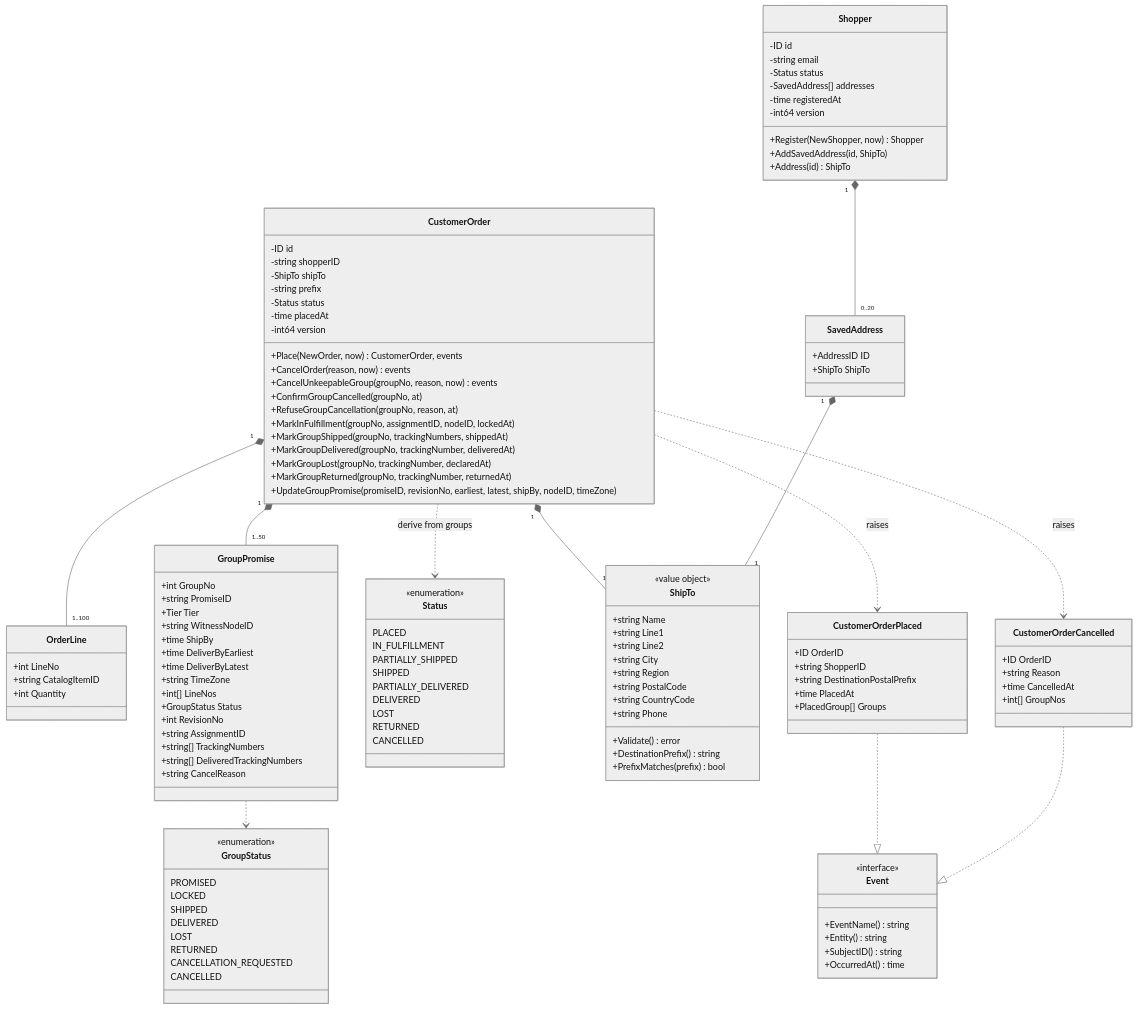
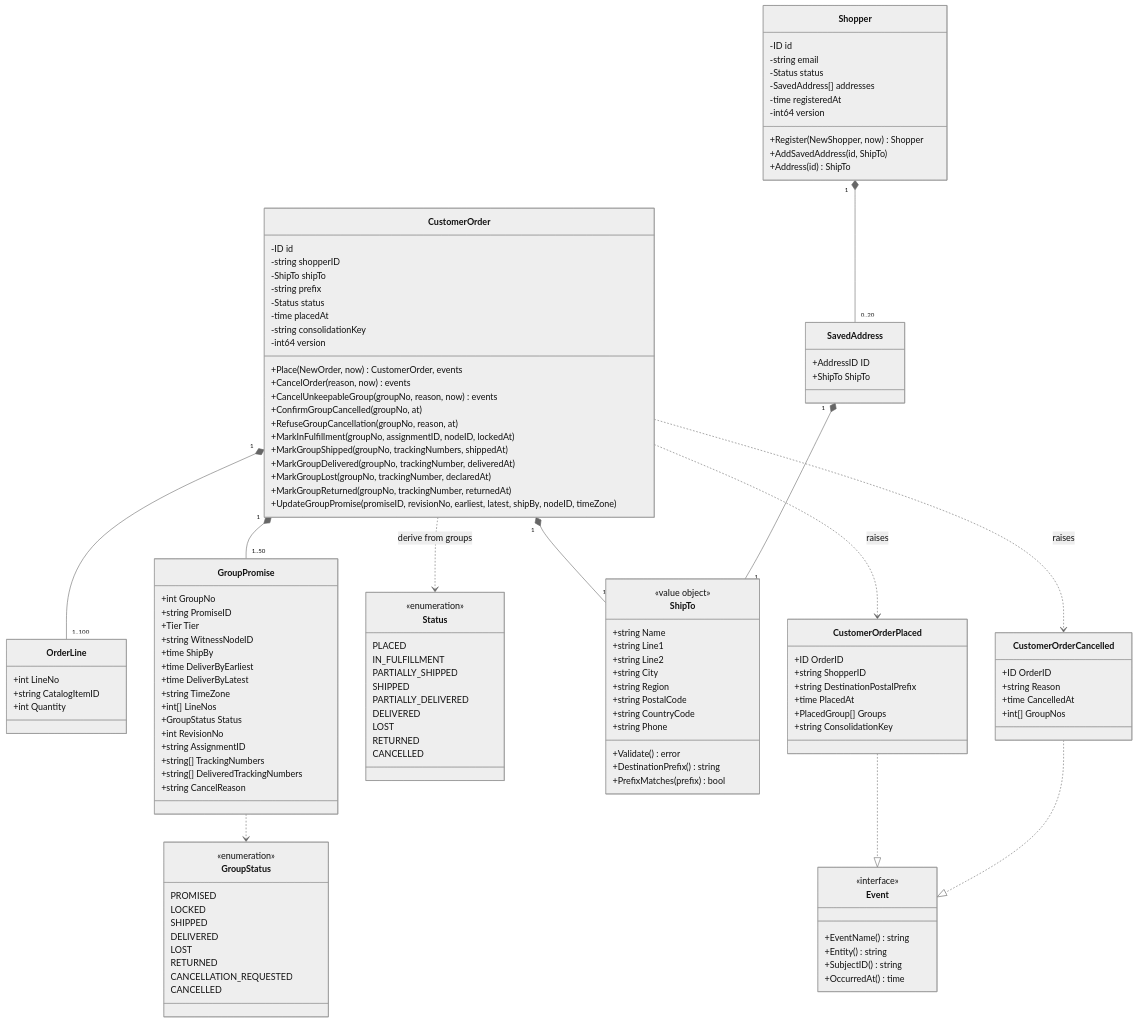
One commit to IQVO/customer-ordering changed the first of 2 diagrams in docs/docs/ddd/class-diagram.md. Above: the diagram before and after it, drawn with Mermaid (neutral theme). The commit also changed 8 other files, not shown here.

Commit message:
docs: consolidation key in asyncapi, events pages, configuration and ubiquitous language (ADR 0012)

```diff
--- a/docs/docs/ddd/class-diagram.md
+++ b/docs/docs/ddd/class-diagram.md
@@ -22,6 +22,7 @@
     -string prefix
     -Status status
     -time placedAt
+    -string consolidationKey
     -int64 version
     +Place(NewOrder, now) CustomerOrder, events
     +CancelOrder(reason, now) events
@@ -122,6 +123,7 @@
     +string DestinationPostalPrefix
     +time PlacedAt
     +PlacedGroup[] Groups
+    +string ConsolidationKey
   }
   class CustomerOrderCancelled {
     +ID OrderID
```
